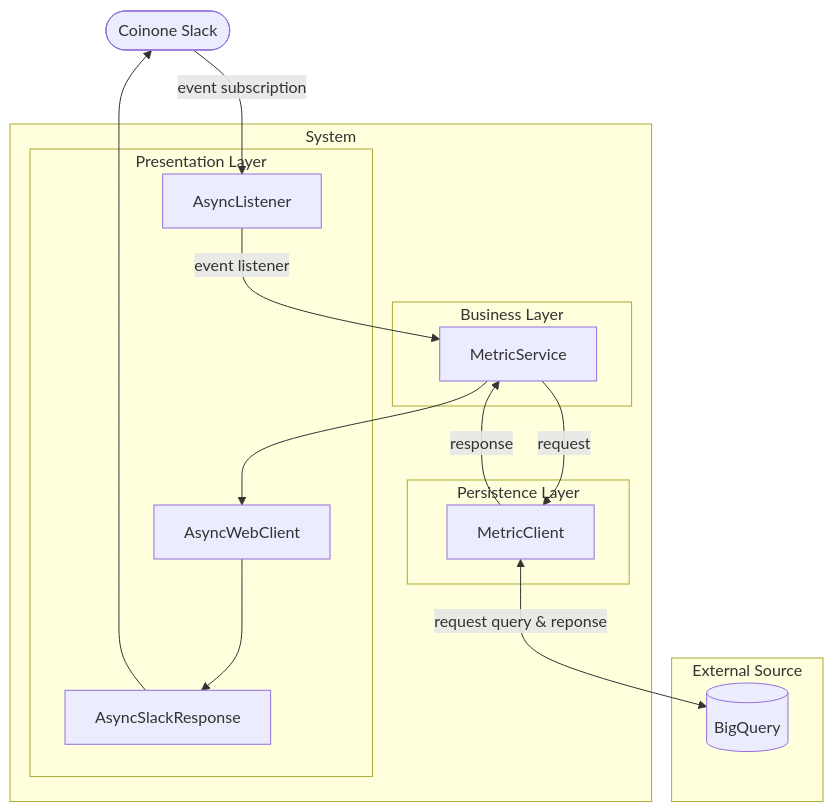
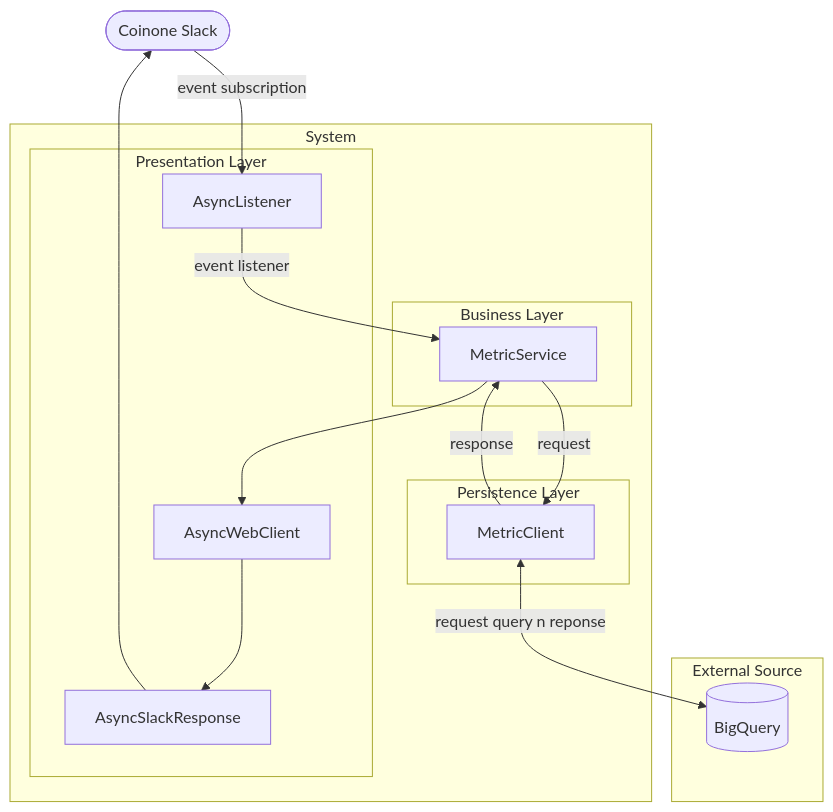
One commit to jx2lee/my-digital-garden changed the first of 2 diagrams in src/site/notes/data/dbt/__/dbt-metricstore-sad-cnc-view.md. Above: the diagram before and after it, drawn with Mermaid.

Commit message:
Update content src/site/notes/data/dbt/__/dbt-metricstore-sad-cnc-view.md

````diff
--- a/src/site/notes/data/dbt/__/dbt-metricstore-sad-cnc-view.md
+++ b/src/site/notes/data/dbt/__/dbt-metricstore-sad-cnc-view.md
@@ -12,30 +12,30 @@
 ```mermaid
 flowchart TB
     slack(["Coinone Slack"])
     subgraph System
         subgraph 1 [Presentation Layer]
             AsyncListener
             AsyncSlackResponse
             AsyncWebClient
         end
 
         subgraph 2 [Business Layer]
             MetricService
         end
 
         subgraph 3 [Persistence Layer]
             MetricClient
         end
     end
 
     subgraph "External Source"
         bigquery[("BigQuery")]
     end
 
     slack --> |event subscription| AsyncListener
     AsyncListener --> |event listener| MetricService
     MetricService --> |request| MetricClient
     MetricClient --> |response| MetricService
-    MetricClient <--> |request query & reponse| bigquery
+    MetricClient <--> |request query n reponse| bigquery
     MetricService --> AsyncWebClient --> AsyncSlackResponse --> slack
 ```
````
